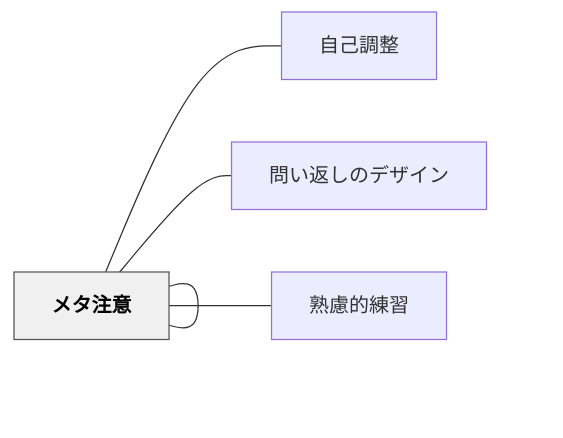
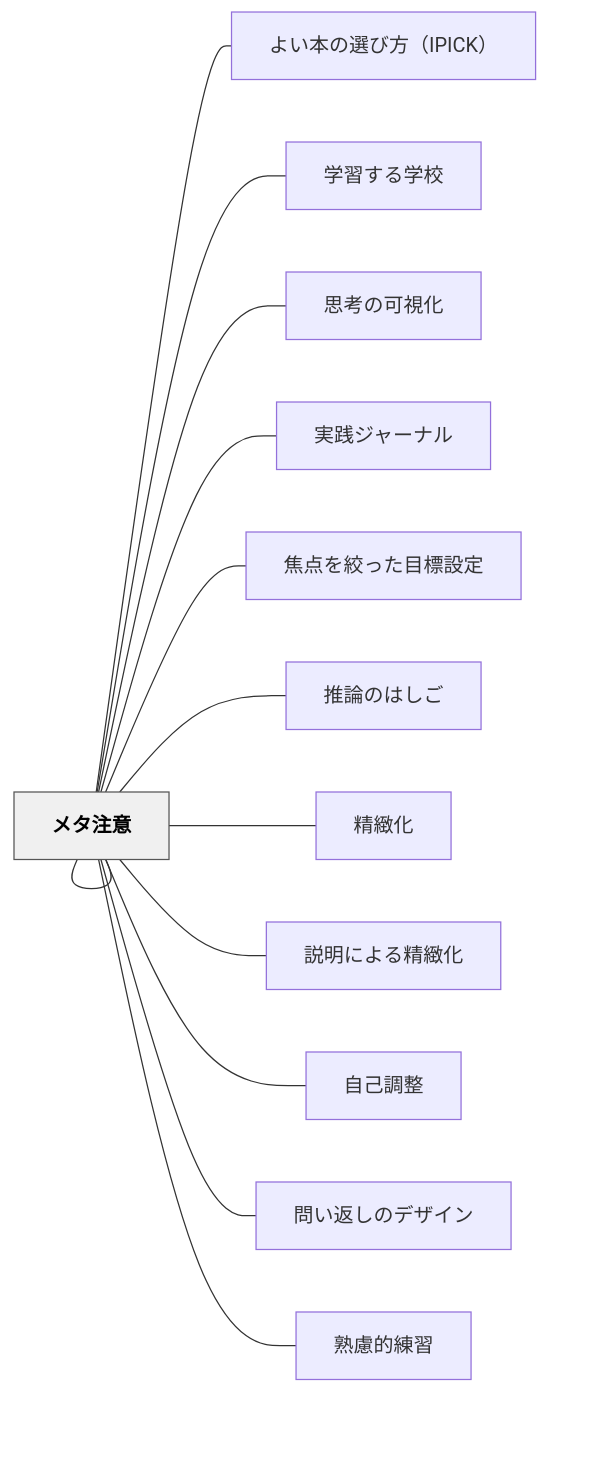
Before and after one commit to unknownthings-ed-patterns/unknownthings-ed-patterns: the diagram in content/パタン/メタ意識.md, drawn with Mermaid. The commit also changed other lines of this file and 473 other files, not shown here.

````diff
--- a/content/パタン/メタ意識.md
+++ b/content/パタン/メタ意識.md
@@ -73,16 +82,34 @@
 ```mermaid
 flowchart LR
     ne383a1e382bf["メタ意識"]
+    ne383a1e382bf["メタ認知的モニタリング"]
+    ne38288e38184["よい本の選び方（IPICK）"]
+    ne5ada6e7bf92["学習する学校"]
+    ne6809de88083["思考の可視化"]
+    ne5ae9fe8b7b5["実践ジャーナル"]
+    ne784a6e782b9["焦点を絞った目標設定"]
+    ne68ea8e8ab96["推論のはしご"]
+    ne7b2bee7b7bb["精緻化"]
+    ne8aaace6988e["説明による精緻化"]
     ne383a1e382bf["メタ注意"]
     ne887aae5b7b1["自己調整"]
     ne5958fe38184["問い返しのデザイン"]
     ne7869fe685ae["熟慮的練習"]
 
+    ne383a1e382bf --- ne383a1e382bf
+    ne383a1e382bf --- ne38288e38184
+    ne383a1e382bf --- ne5ada6e7bf92
+    ne383a1e382bf --- ne6809de88083
+    ne383a1e382bf --- ne5ae9fe8b7b5
+    ne383a1e382bf --- ne784a6e782b9
+    ne383a1e382bf --- ne68ea8e8ab96
+    ne383a1e382bf --- ne7b2bee7b7bb
+    ne383a1e382bf --- ne8aaace6988e
     ne383a1e382bf --- ne383a1e382bf
     ne383a1e382bf --- ne887aae5b7b1
     ne383a1e382bf --- ne5958fe38184
     ne383a1e382bf --- ne7869fe685ae
 
     classDef hub fill:#f0f0f0,stroke:#555,color:#000,font-weight:bold
     class ne383a1e382bf hub
 ```
````
